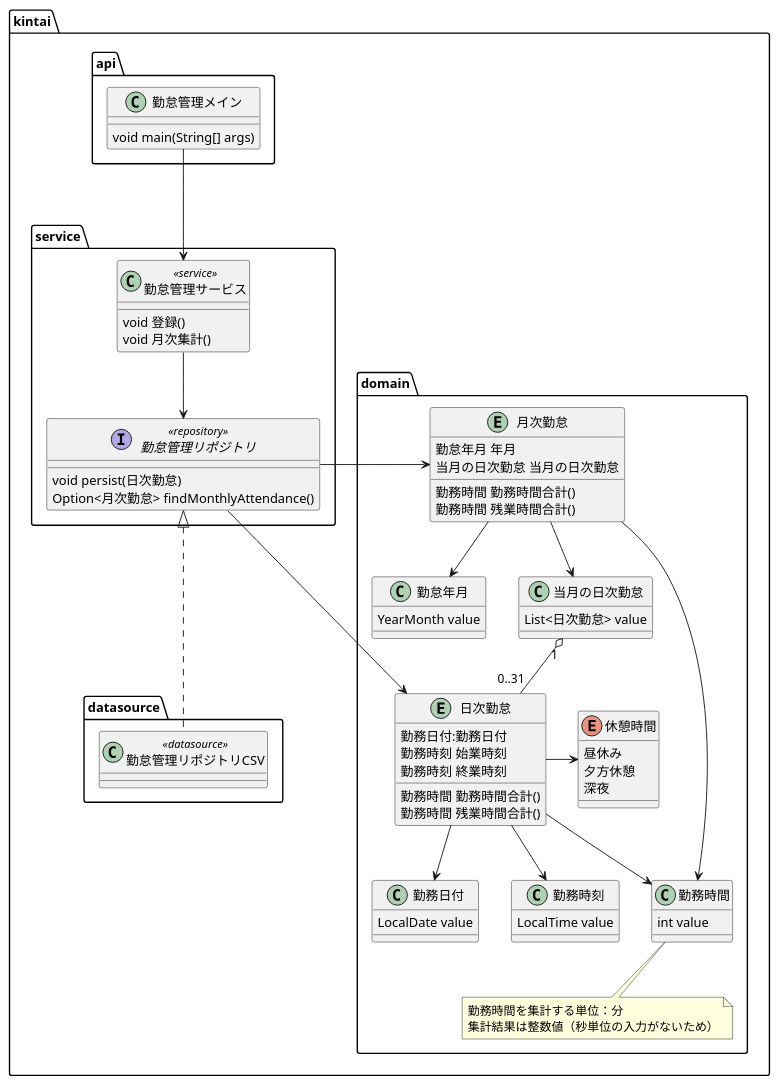
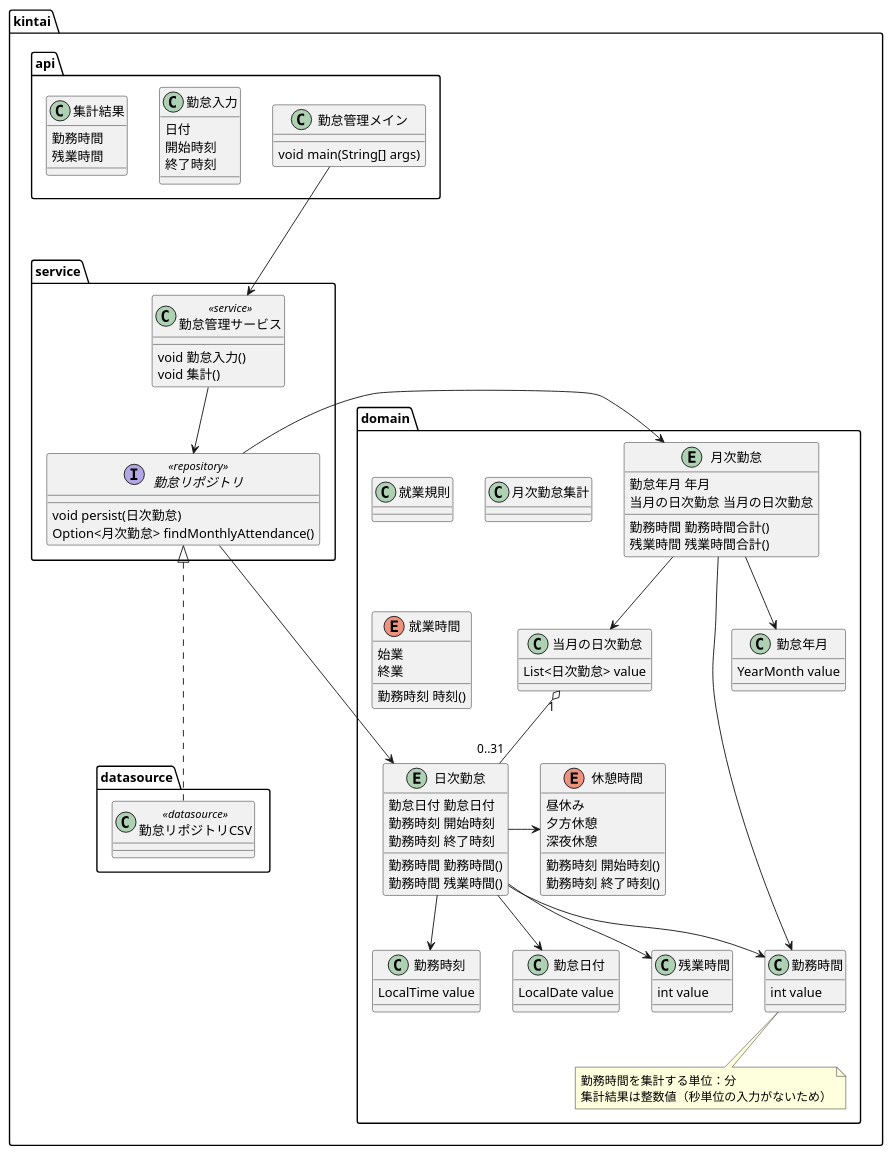
One commit to biglobe-isp/kintai changed the diagram in etc/design/src/model.puml. Above: the diagram before and after it, drawn with PlantUML.

Commit message:
docs ドメインモデル修正
仕様に出てくる用語を使うよう修正

仕様にある言葉をすべてモデルに表す

休憩時間（enum）に開始時間・終了時間を返すメソッドを追加

```diff
--- a/etc/design/src/model.puml
+++ b/etc/design/src/model.puml
@@ -1,99 +1,125 @@
 @startuml 勤怠管理
 
 package kintai {
 
     package datasource {
-        class 勤怠管理リポジトリCSV << datasource >>
+        class 勤怠リポジトリCSV << datasource >>
     }
 
     package domain {
+
+        class 就業規則
+        class 月次勤怠集計
 
         entity 月次勤怠 {
             勤怠年月 年月
             当月の日次勤怠 当月の日次勤怠
             勤務時間 勤務時間合計()
-            勤務時間 残業時間合計()
+            残業時間 残業時間合計()
         }
 
         class 勤怠年月 {
             YearMonth value        
         }
         class 当月の日次勤怠 {
             List<日次勤怠> value
         }
 
         entity 日次勤怠 {
-            勤務日付:勤務日付
-            勤務時刻 始業時刻
-            勤務時刻 終業時刻
-            勤務時間 勤務時間合計()
-            勤務時間 残業時間合計()
+            勤怠日付 勤怠日付
+            勤務時刻 開始時刻
+            勤務時刻 終了時刻
+            勤務時間 勤務時間()
+            勤務時間 残業時間()
         }
 
-        class 勤務日付 {
+        class 勤怠日付 {
             LocalDate value        
         }
         class 勤務時刻 {
             LocalTime value        
         }
 
-
         class 勤務時間 {
             int value
         }
+
+        class 残業時間 {
+            int value
+        }
+
         note bottom of  勤務時間
             勤務時間を集計する単位：分
             集計結果は整数値（秒単位の入力がないため）
         end note 
 
+        enum 就業時間 {
+            始業
+            終業
+            勤務時刻 時刻()
+        }
 
         enum 休憩時間 {
             昼休み
             夕方休憩
-            深夜            
+            深夜休憩
+
+            勤務時刻 開始時刻()
+            勤務時刻 終了時刻()
         }
 
         月次勤怠  -->  当月の日次勤怠
         当月の日次勤怠  "1" o-- "0..31" 日次勤怠
 
-        月次勤怠-->勤怠年月 
+        月次勤怠-->勤怠年月
         月次勤怠-->勤務時間
 
-        日次勤怠-->勤務日付
+        日次勤怠-->勤怠日付
         日次勤怠-->勤務時刻
         日次勤怠-->勤務時間
+        日次勤怠-->残業時間
         日次勤怠-right->休憩時間
     }
 
     package service {
 
         class 勤怠管理サービス << service >> {
-            void 登録()
-            void 月次集計()
+            void 勤怠入力()
+            void 集計()
         }
 
-        interface 勤怠管理リポジトリ << repository >> {
+        interface 勤怠リポジトリ << repository >> {
             void persist(日次勤怠)
             Option<月次勤怠> findMonthlyAttendance()
         }
 
+        勤怠管理サービス-->勤怠リポジトリ
+        勤怠リポジトリ->月次勤怠
+        勤怠リポジトリ->日次勤怠
 
-        勤怠管理サービス-->勤怠管理リポジトリ
-        勤怠管理リポジトリ->月次勤怠
-        勤怠管理リポジトリ->日次勤怠
-
-        勤怠管理リポジトリ<|...勤怠管理リポジトリCSV
+        勤怠リポジトリ<|...勤怠リポジトリCSV
     }
 
     package api {
 
         class 勤怠管理メイン {
             void main(String[] args)
         }
 
+        class 勤怠入力 {
+            日付
+            開始時刻
+            終了時刻
+        }
+
+        class 集計結果 {
+            勤務時間
+            残業時間
+        }
+
         勤怠管理メイン--->勤怠管理サービス
 
     }
 }
 
 @enduml
```
